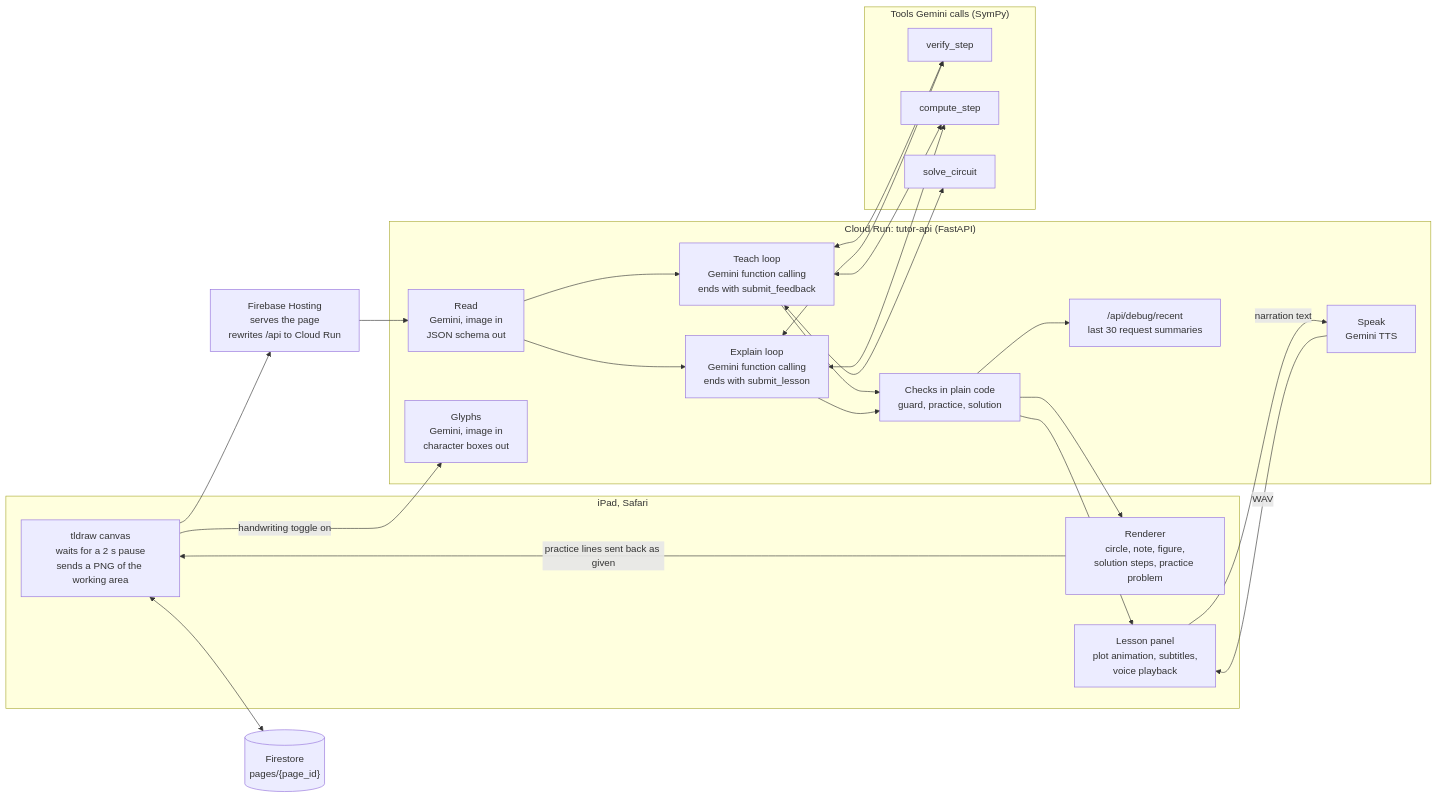
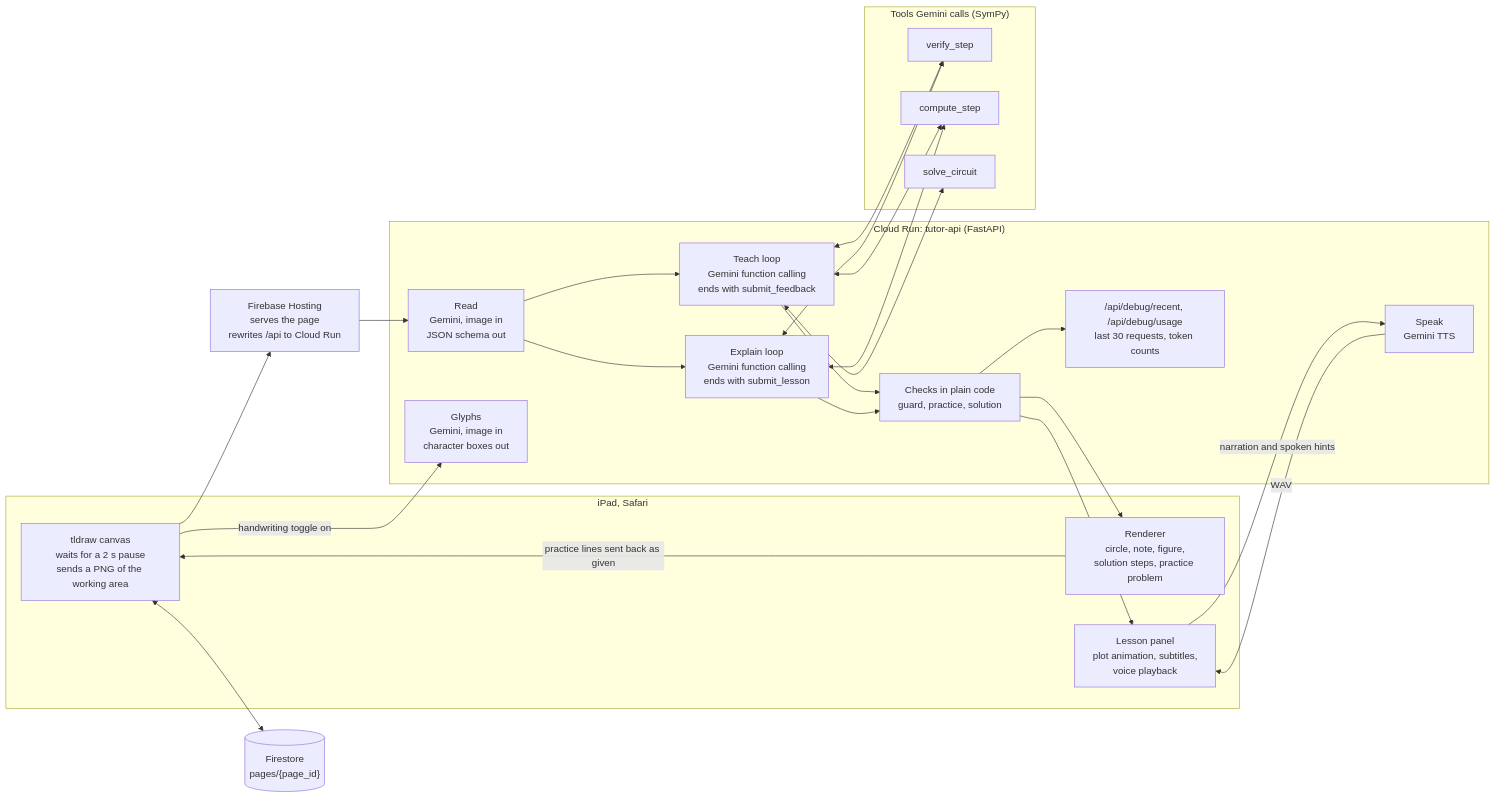
The diagram in docs/DEVPOST.md (Preet37/GDGCHacks), drawn with Mermaid before and after one commit. The commit also changed other lines of this file and 13 other files, not shown here.

````diff
--- a/docs/DEVPOST.md
+++ b/docs/DEVPOST.md
@@ -56,42 +67,42 @@
 ```mermaid
 flowchart LR
     subgraph iPad["iPad, Safari"]
         C["tldraw canvas<br/>waits for a 2 s pause<br/>sends a PNG of the working area"]
         D["Renderer<br/>circle, note, figure,<br/>solution steps, practice problem"]
         P["Lesson panel<br/>plot animation, subtitles,<br/>voice playback"]
     end
     FH["Firebase Hosting<br/>serves the page<br/>rewrites /api to Cloud Run"]
     subgraph CR["Cloud Run: tutor-api (FastAPI)"]
         R["Read<br/>Gemini, image in<br/>JSON schema out"]
         T["Teach loop<br/>Gemini function calling<br/>ends with submit_feedback"]
         E["Explain loop<br/>Gemini function calling<br/>ends with submit_lesson"]
         G["Checks in plain code<br/>guard, practice, solution"]
         S["Speak<br/>Gemini TTS"]
         Y["Glyphs<br/>Gemini, image in<br/>character boxes out"]
-        DBG["/api/debug/recent<br/>last 30 request summaries"]
+        DBG["/api/debug/recent, /api/debug/usage<br/>last 30 requests, token counts"]
     end
     subgraph Tools["Tools Gemini calls (SymPy)"]
         V["verify_step"]
         K["compute_step"]
         N["solve_circuit"]
     end
     FS[("Firestore<br/>pages/{page_id}")]
     C --> FH --> R
     R --> T
     R --> E
     T <--> V
     T <--> K
     T <--> N
     E <--> V
     E <--> K
     T --> G
     E --> G
     G --> D
     G --> P
-    P -- "narration text" --> S
+    P -- "narration and spoken hints" --> S
     S -- "WAV" --> P
     D -- "practice lines sent back as given" --> C
     C -- "handwriting toggle on" --> Y
     C <--> FS
     G --> DBG
 ```
````
